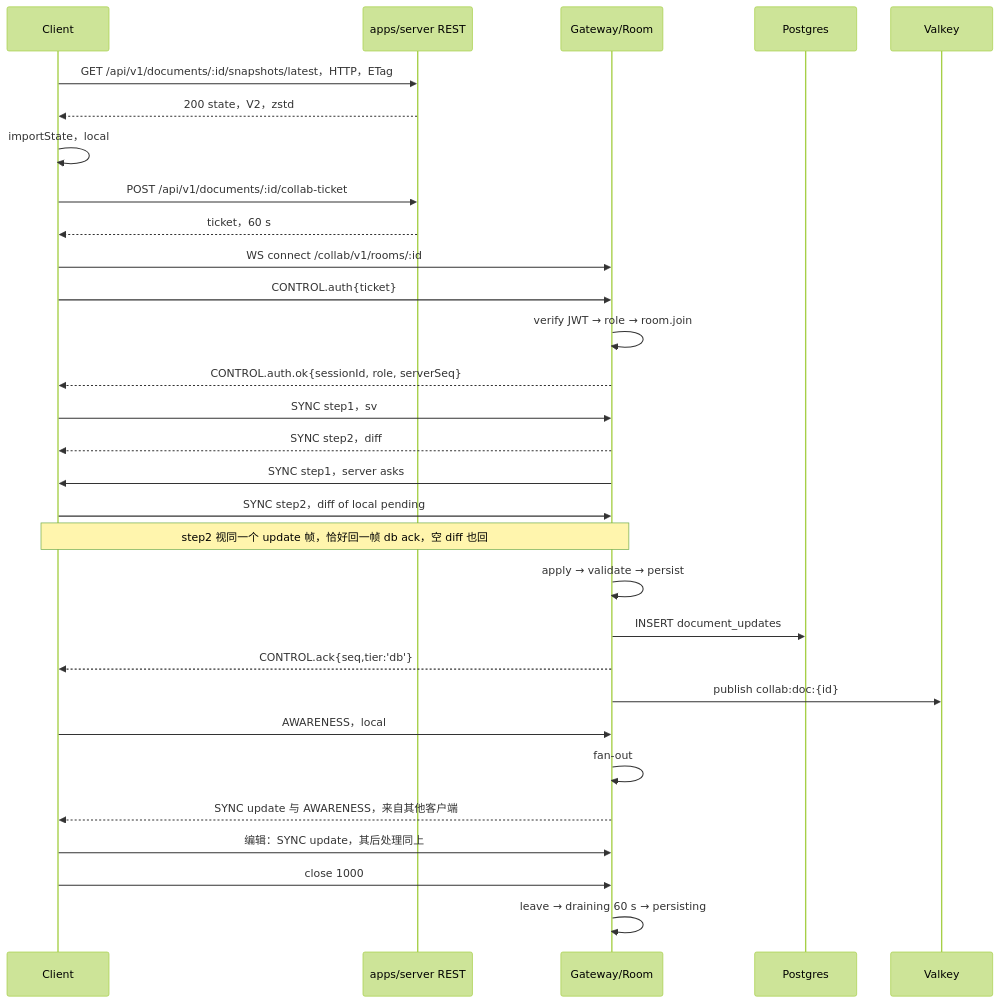
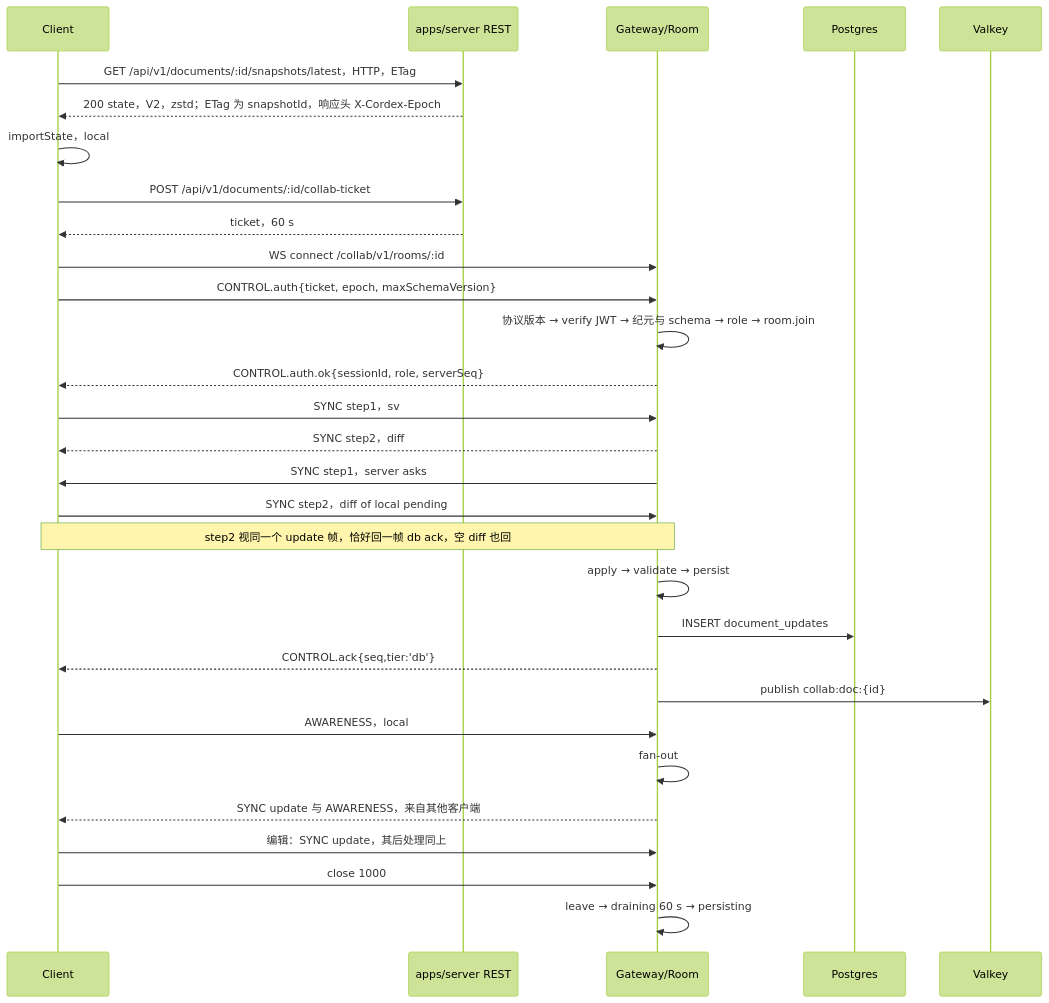
The sixth of 14 diagrams in docs/30-architecture/06-collaboration.md (Xeonice/cordis-ppt-editor), drawn with Mermaid (forest theme) before and after one commit. The commit also changed other lines of this file and 79 other files, not shown here.

````diff
--- a/docs/30-architecture/06-collaboration.md
+++ b/docs/30-architecture/06-collaboration.md
@@ -580,32 +568,32 @@
 ```mermaid
 sequenceDiagram
   participant C as Client
   participant API as apps/server REST
   participant G as Gateway/Room
   participant PG as Postgres
   participant VK as Valkey
   C->>API: GET /api/v1/documents/:id/snapshots/latest，HTTP，ETag
-  API-->>C: 200 state，V2，zstd
+  API-->>C: 200 state，V2，zstd；ETag 为 snapshotId，响应头 X-Cordex-Epoch
   C->>C: importState，local
   C->>API: POST /api/v1/documents/:id/collab-ticket
   API-->>C: ticket，60 s
   C->>G: WS connect /collab/v1/rooms/:id
-  C->>G: CONTROL.auth{ticket}
-  G->>G: verify JWT → role → room.join
+  C->>G: CONTROL.auth{ticket, epoch, maxSchemaVersion}
+  G->>G: 协议版本 → verify JWT → 纪元与 schema → role → room.join
   G-->>C: CONTROL.auth.ok{sessionId, role, serverSeq}
   C->>G: SYNC step1，sv
   G-->>C: SYNC step2，diff
   G->>C: SYNC step1，server asks
   C->>G: SYNC step2，diff of local pending
   Note over C,G: step2 视同一个 update 帧，恰好回一帧 db ack，空 diff 也回
   G->>G: apply → validate → persist
   G->>PG: INSERT document_updates
   G-->>C: CONTROL.ack{seq,tier:'db'}
   G->>VK: publish collab:doc:{id}
   C->>G: AWARENESS，local
   G->>G: fan-out
   G-->>C: SYNC update 与 AWARENESS，来自其他客户端
   C->>G: 编辑：SYNC update，其后处理同上
   C->>G: close 1000
   G->>G: leave → draining 60 s → persisting
 ```
````
